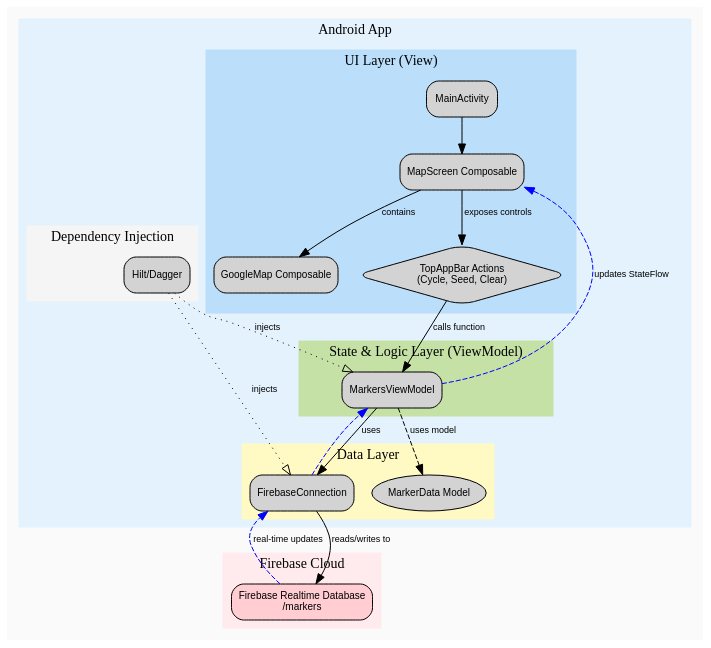
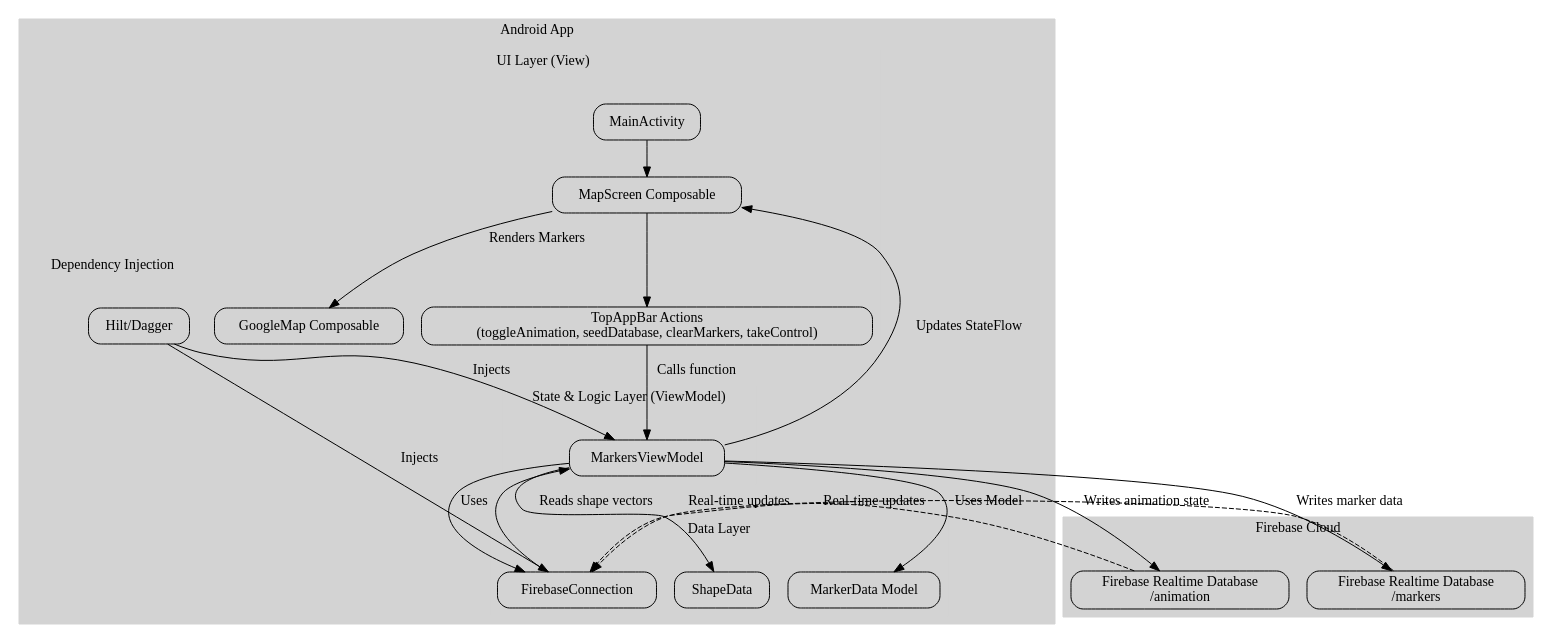
One commit to googlemaps-samples/android-samples changed the diagram in FireMarkers/architecture.dot. Above: the diagram before and after it, drawn with Graphviz. The commit also changed 15 other files, not shown here.

First line of the commit message:
feat(viewmodel): Add tests and error handling for controller logic

```diff
--- a/FireMarkers/architecture.dot
+++ b/FireMarkers/architecture.dot
@@ -1,81 +1,70 @@
-digraph FireMarkersArchitecture {
-    bgcolor="#fafafa"
-    node [shape=box, style="rounded,filled", fontname="Arial", fontsize=10];
-    edge [fontname="Arial", fontsize=9];
+digraph Architecture {
+    rankdir=TB;
+    node [shape=box, style=rounded];
 
-    // Define clusters for grouping
-    subgraph cluster_firebase {
+    subgraph "cluster_firebase" {
         label="Firebase Cloud";
         style="filled";
-        color="#FFEBEE";
-        DB [label="Firebase Realtime Database
-/markers", fillcolor="#FFCDD2"];
+        color="lightgrey";
+        MarkersDB [label="Firebase Realtime Database
+/markers"];
+        AnimationDB [label="Firebase Realtime Database
+/animation"];
     }
 
-    subgraph cluster_android_app {
+    subgraph "cluster_android" {
         label="Android App";
         style="filled";
-        color="#E3F2FD";
+        color="lightgrey";
 
-        subgraph cluster_ui_layer {
+        subgraph "cluster_ui" {
             label="UI Layer (View)";
-            style="filled";
-            color="#BBDEFB";
-            MainActivity [label="MainActivity"];
-            MapScreen [label="MapScreen Composable"];
-            TopAppBar [label="TopAppBar Actions
-(Cycle, Seed, Clear)", shape=diamond];
-            GoogleMap [label="GoogleMap Composable"];
+            A [label="MainActivity"];
+            B [label="MapScreen Composable"];
+            C [label="TopAppBar Actions
+(toggleAnimation, seedDatabase, clearMarkers, takeControl)"];
+            D [label="GoogleMap Composable"];
         }
 
-        subgraph cluster_viewmodel_layer {
+        subgraph "cluster_vm" {
             label="State & Logic Layer (ViewModel)";
-            style="filled";
-            color="#C5E1A5";
-            MarkersViewModel [label="MarkersViewModel"];
+            VM [label="MarkersViewModel"];
         }
 
-        subgraph cluster_data_layer {
+        subgraph "cluster_data" {
             label="Data Layer";
-            style="filled";
-            color="#FFF9C4";
-            FirebaseConnection [label="FirebaseConnection"];
-            MarkerData [label="MarkerData Model", shape=ellipse];
+            FC [label="FirebaseConnection"];
+            SD [label="ShapeData"];
+            M [label="MarkerData Model"];
         }
 
-        subgraph cluster_di_layer {
+        subgraph "cluster_di" {
             label="Dependency Injection";
-            style="filled";
-            color="#F5F5F5";
             Hilt [label="Hilt/Dagger"];
         }
     }
 
-    // --- Define Relationships ---
+    // --- Interactions ---
+    A -> B;
+    B -> C;
+    B -> D [label="Renders Markers"];
+    C -> VM [label="Calls function"];
+    VM -> FC [label="Uses"];
+    VM -> SD [label="Reads shape vectors"];
+    
+    // Controller writes to Firebase
+    VM -> AnimationDB [label="Writes animation state"];
+    VM -> MarkersDB [label="Writes marker data"];
 
-    // UI Flow
-    MainActivity -> MapScreen;
-    MapScreen -> TopAppBar [label=" exposes controls"];
-    MapScreen -> GoogleMap [label=" contains"];
+    // All clients listen for real-time updates
+    MarkersDB -> FC [label="Real-time updates", style=dashed];
+    AnimationDB -> FC [label="Real-time updates", style=dashed];
+    
+    FC -> VM;
+    VM -> B [label="Updates StateFlow"];
+    VM -> M [label="Uses Model"];
 
-    // User Interaction
-    TopAppBar -> MarkersViewModel [label=" calls function"];
-
-    // ViewModel to Data Layer
-    MarkersViewModel -> FirebaseConnection [label=" uses"];
-    MarkersViewModel -> MarkerData [label=" uses model", style=dashed];
-
-
-    // Data Layer to Firebase
-    FirebaseConnection -> DB [label=" reads/writes to"];
-    DB -> FirebaseConnection [label=" real-time updates", style=dashed, color=blue];
-
-    // Data Flow back to UI
-    FirebaseConnection -> MarkersViewModel [style=dashed, color=blue];
-    MarkersViewModel -> MapScreen [label=" updates StateFlow", style=dashed, color=blue];
-
-
-    // Dependency Injection
-    Hilt -> FirebaseConnection [label=" injects", style=dotted, arrowhead=empty];
-    Hilt -> MarkersViewModel [label=" injects", style=dotted, arrowhead=empty];
+    // --- DI Graph ---
+    Hilt -> FC [label="Injects"];
+    Hilt -> VM [label="Injects"];
 }
```
